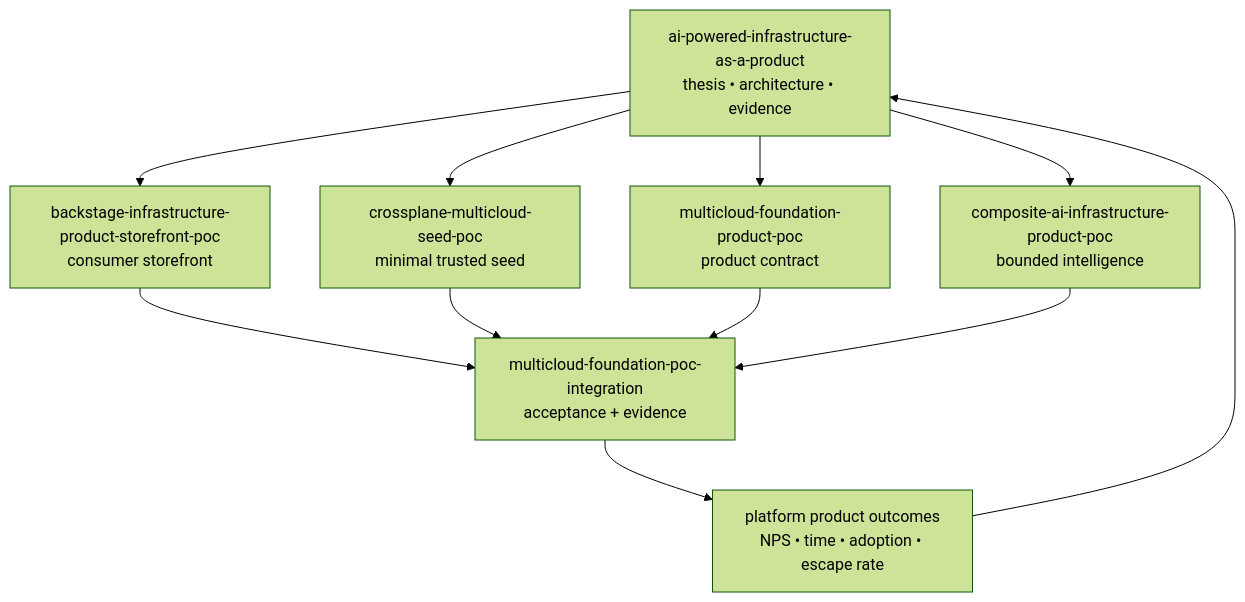
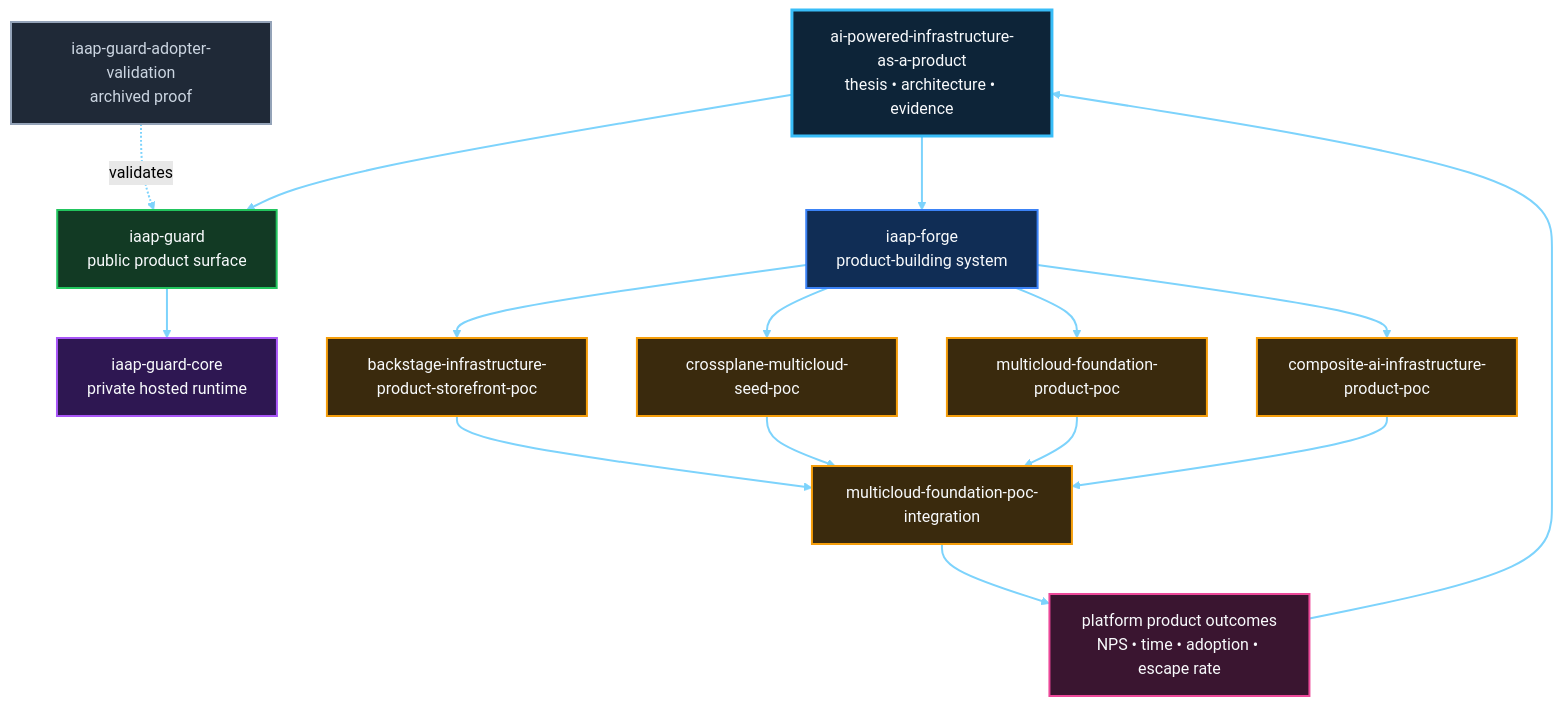
Before and after one commit to SAABOLImpactVenture/ai-powered-infrastructure-as-a-product: the first of 2 diagrams in docs/poc-portfolio.md, drawn with Mermaid (forest theme). The commit also changed other lines of this file and 1 other file, not shown here.

Commit message:
Document the complete IaaP repository portfolio (#135)
* Document complete IaaP repository portfolio

* Align portfolio detail with complete repository map

````diff
--- a/docs/poc-portfolio.md
+++ b/docs/poc-portfolio.md
@@ -7,21 +7,46 @@
 ```mermaid
 flowchart TB
-  HUB[ai-powered-infrastructure-as-a-product\nthesis • architecture • evidence]
-  STORE[backstage-infrastructure-product-storefront-poc\nconsumer storefront]
-  SEED[crossplane-multicloud-seed-poc\nminimal trusted seed]
-  PRODUCT[multicloud-foundation-product-poc\nproduct contract]
-  AI[composite-ai-infrastructure-product-poc\nbounded intelligence]
-  INT[multicloud-foundation-poc-integration\nacceptance + evidence]
-  OUT[platform product outcomes\nNPS • time • adoption • escape rate]
+  HUB["ai-powered-infrastructure-as-a-product<br/>thesis • architecture • evidence"]
+  GUARD["iaap-guard<br/>public product surface"]
+  CORE["iaap-guard-core<br/>private hosted runtime"]
+  FORGE["iaap-forge<br/>product-building system"]
+  STORE["backstage-infrastructure-product-storefront-poc"]
+  SEED["crossplane-multicloud-seed-poc"]
+  PRODUCT["multicloud-foundation-product-poc"]
+  AI["composite-ai-infrastructure-product-poc"]
+  INT["multicloud-foundation-poc-integration"]
+  ADOPTER["iaap-guard-adopter-validation<br/>archived proof"]
+  OUT["platform product outcomes<br/>NPS • time • adoption • escape rate"]
 
-  HUB --> STORE
-  HUB --> SEED
-  HUB --> PRODUCT
-  HUB --> AI
+  HUB --> GUARD
+  HUB --> FORGE
+  GUARD --> CORE
+  FORGE --> STORE
+  FORGE --> SEED
+  FORGE --> PRODUCT
+  FORGE --> AI
   STORE --> INT
   SEED --> INT
   PRODUCT --> INT
   AI --> INT
+  ADOPTER -. validates .-> GUARD
   INT --> OUT
   OUT --> HUB
+
+  classDef front fill:#0D2438,stroke:#38BDF8,stroke-width:3px,color:#F8FAFC
+  classDef public fill:#123A24,stroke:#22C55E,stroke-width:2px,color:#F8FAFC
+  classDef private fill:#2E1752,stroke:#A855F7,stroke-width:2px,color:#F8FAFC
+  classDef internal fill:#102D55,stroke:#3B82F6,stroke-width:2px,color:#F8FAFC
+  classDef poc fill:#3A2A0D,stroke:#F59E0B,stroke-width:2px,color:#F8FAFC
+  classDef archived fill:#1F2937,stroke:#94A3B8,stroke-width:2px,color:#CBD5E1
+  classDef outcome fill:#3A1530,stroke:#EC4899,stroke-width:2px,color:#F8FAFC
+
+  class HUB front
+  class GUARD public
+  class CORE private
+  class FORGE internal
+  class STORE,SEED,PRODUCT,AI,INT poc
+  class ADOPTER archived
+  class OUT outcome
+  linkStyle default stroke:#7DD3FC,stroke-width:2px
 ```
````
